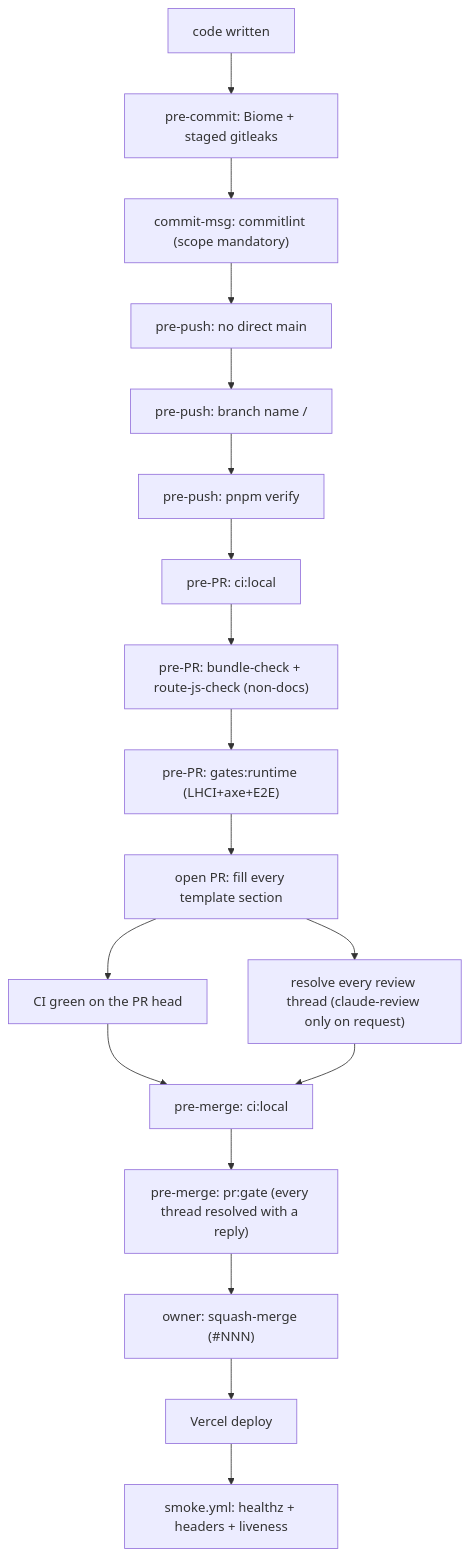
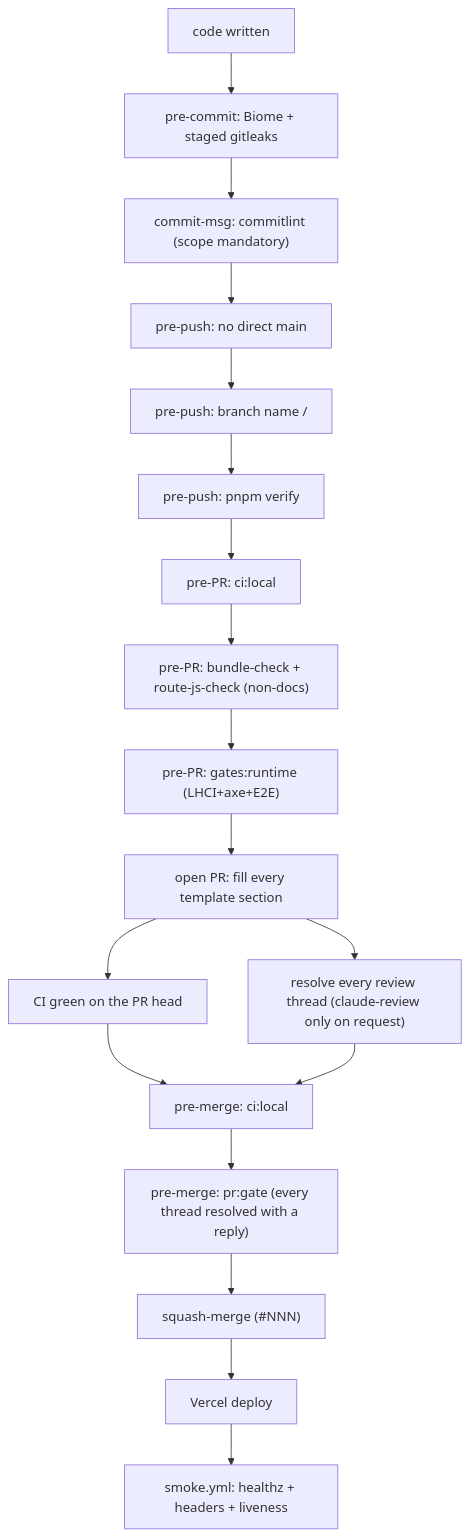
One commit to erikunha/portfolio changed the first of 2 diagrams in docs/handbook/review-merge-release.md. Above: the diagram before and after it, drawn with Mermaid. The commit also changed other lines of this file and 13 other files, not shown here.

````diff
--- a/docs/handbook/review-merge-release.md
+++ b/docs/handbook/review-merge-release.md
@@ -7,20 +7,20 @@
 ```mermaid
 flowchart TD
     write["code written"] --> c1["pre-commit: Biome + staged gitleaks"]
     c1 --> c2["commit-msg: commitlint (scope mandatory)"]
     c2 --> p1["pre-push: no direct main"]
     p1 --> p2["pre-push: branch name <type>/<desc>"]
     p2 --> p5["pre-push: pnpm verify"]
     p5 --> r1["pre-PR: ci:local"]
     r1 --> r2["pre-PR: bundle-check + route-js-check (non-docs)"]
     r2 --> r4["pre-PR: gates:runtime (LHCI+axe+E2E)"]
     r4 --> o1["open PR: fill every template section"]
     o1 --> o1b["CI green on the PR head"]
     o1 --> o2["resolve every review thread (claude-review only on request)"]
     o1b --> m1["pre-merge: ci:local"]
     o2 --> m1
     m1 --> m4["pre-merge: pr:gate (every thread resolved with a reply)"]
-    m4 --> merge["owner: squash-merge (#NNN)"]
+    m4 --> merge["squash-merge (#NNN)"]
     merge --> deploy["Vercel deploy"]
     deploy --> smoke["smoke.yml: healthz + headers + liveness"]
 ```
````
